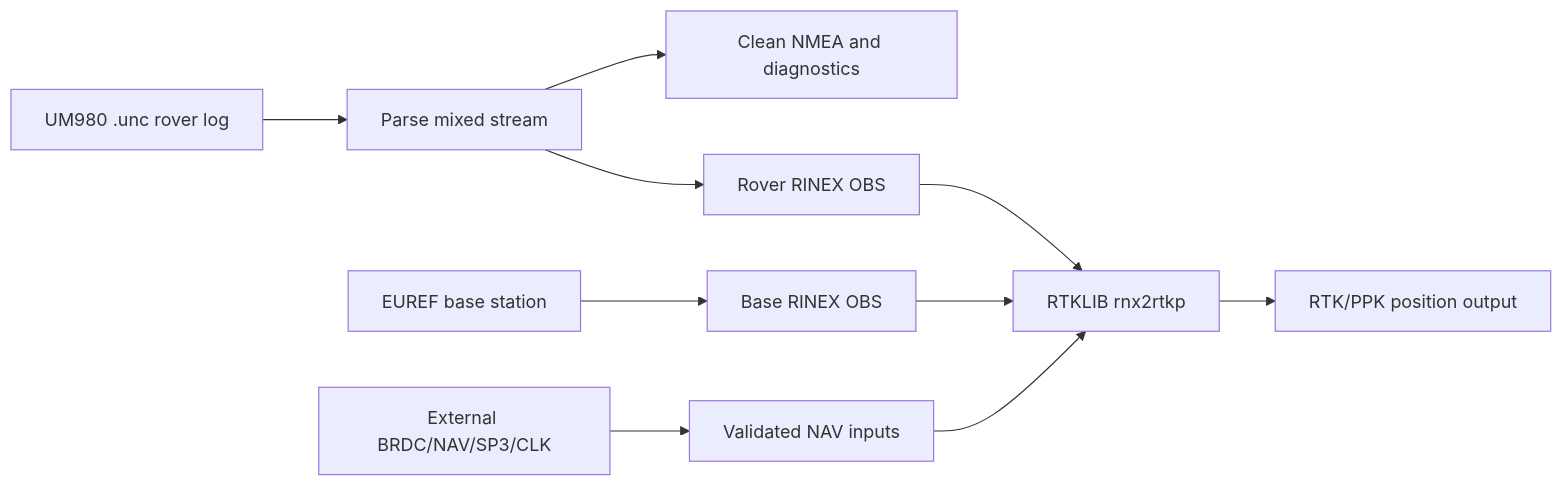
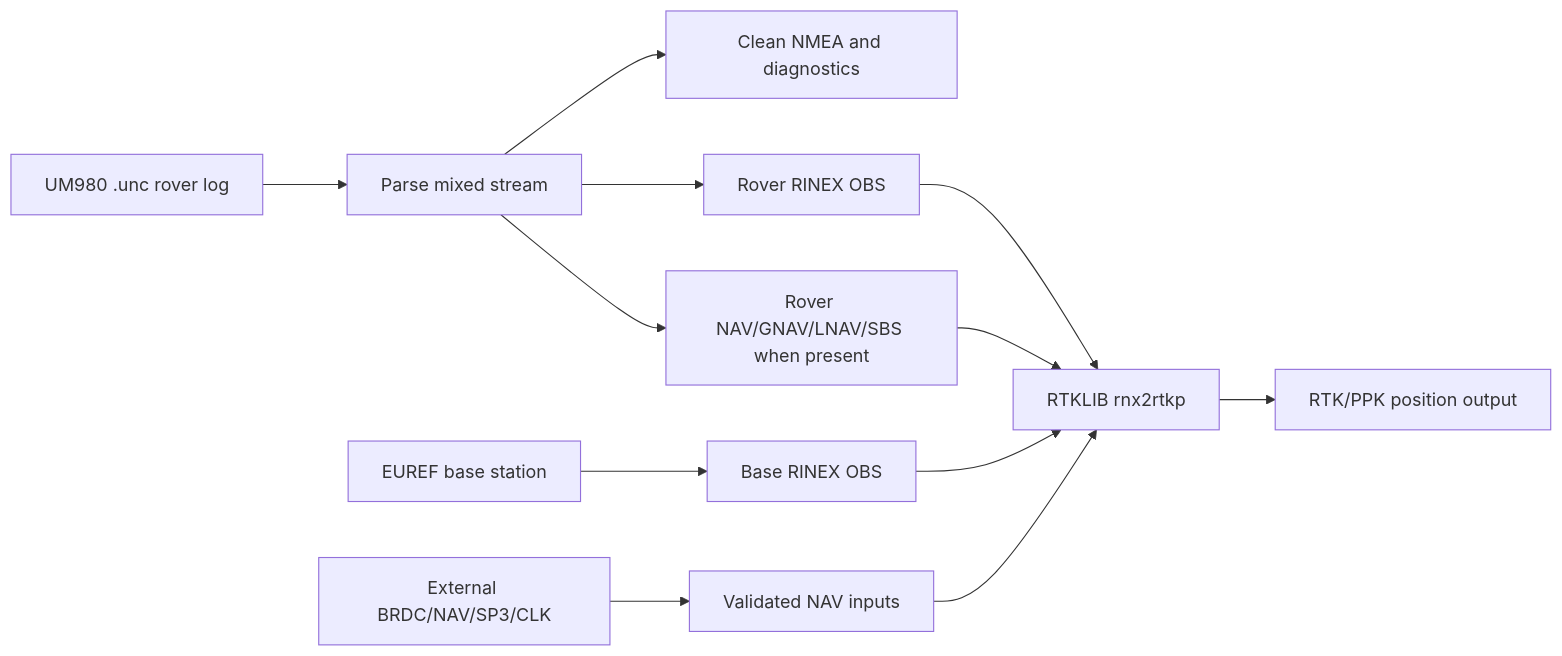
Before and after one commit to holubp/um980-rtklib-pipeline: the diagram in README.md, drawn with Mermaid. The commit also changed other lines of this file and 35 other files, not shown here.

````diff
--- a/README.md
+++ b/README.md
@@ -24,12 +26,14 @@
 ```mermaid
 flowchart LR
     A[UM980 .unc rover log] --> B[Parse mixed stream]
     B --> C[Clean NMEA and diagnostics]
     B --> D[Rover RINEX OBS]
+    B --> K[Rover NAV/GNAV/LNAV/SBS when present]
     E[EUREF base station] --> F[Base RINEX OBS]
     G[External BRDC/NAV/SP3/CLK] --> H[Validated NAV inputs]
     D --> I[RTKLIB rnx2rtkp]
+    K --> I
     F --> I
     H --> I
     I --> J[RTK/PPK position output]
 ```
````
